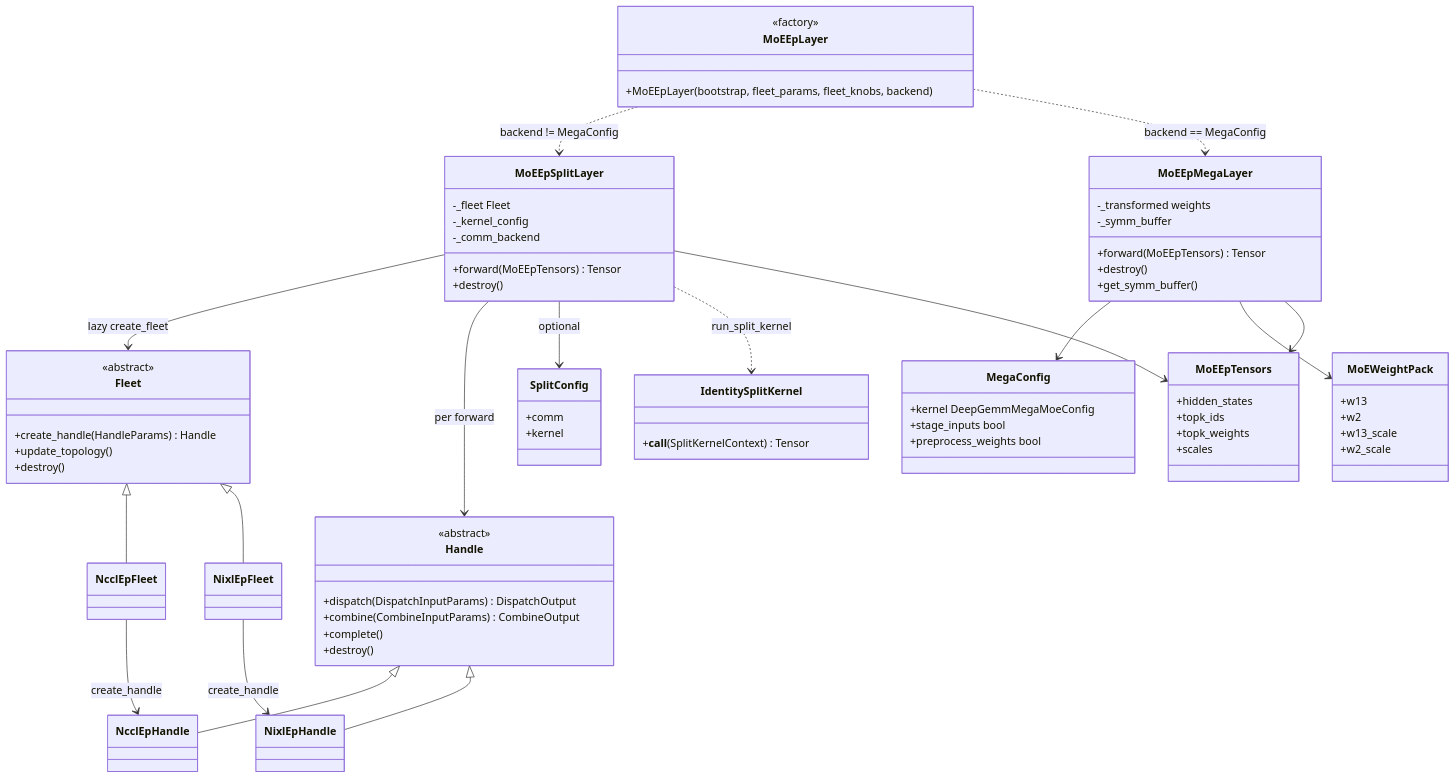
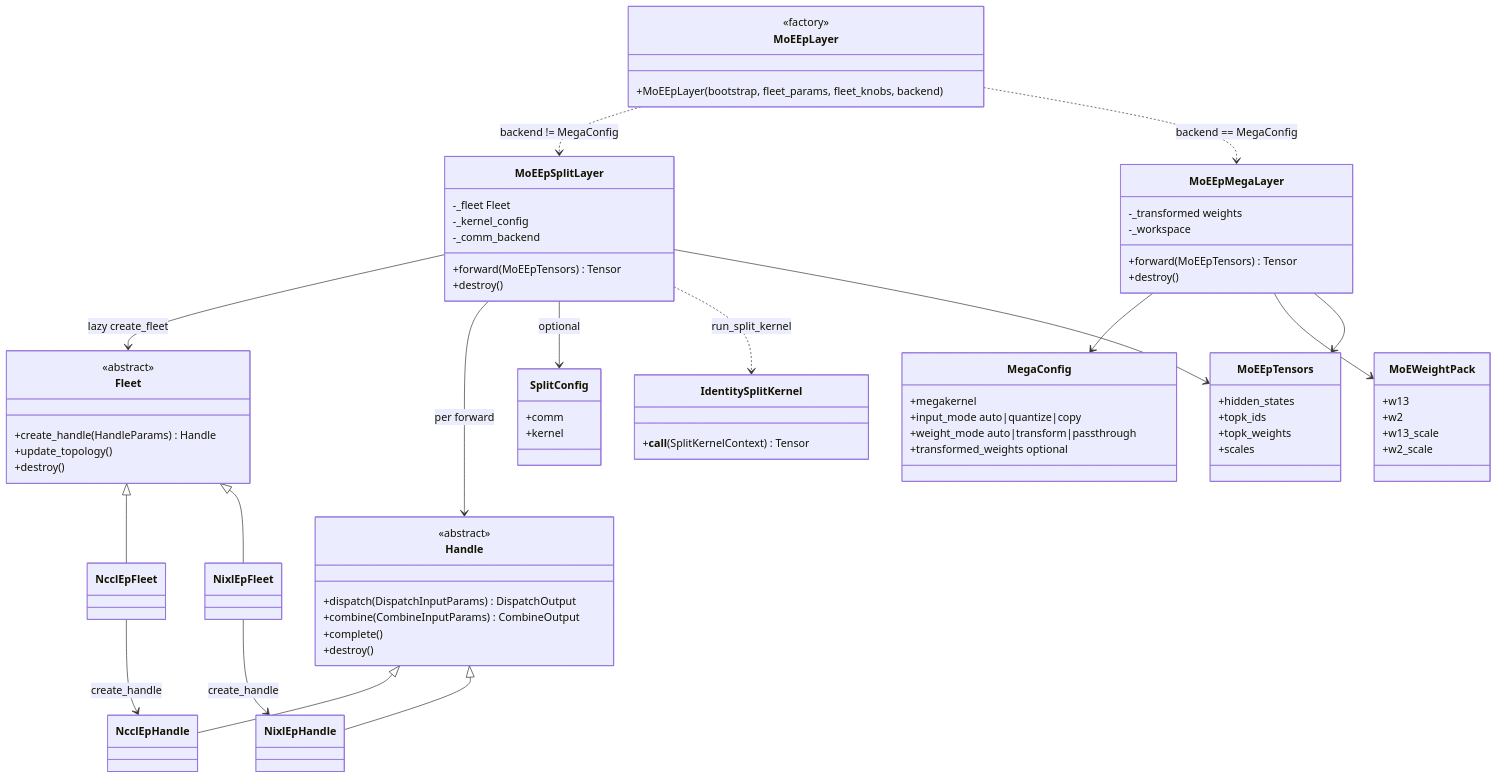
One commit to flashinfer-ai/flashinfer changed the first of 3 diagrams in docs/design_docs/moe_ep_v2_vs_moe_ep.md. Above: the diagram before and after it, drawn with Mermaid. The commit also changed other lines of this file and 49 other files, not shown here.

```diff
--- a/docs/design_docs/moe_ep_v2_vs_moe_ep.md
+++ b/docs/design_docs/moe_ep_v2_vs_moe_ep.md
@@ -109,9 +109,8 @@
     class MoEEpMegaLayer {
         +forward(MoEEpTensors) Tensor
         +destroy()
-        +get_symm_buffer()
         -_transformed weights
-        -_symm_buffer
+        -_workspace
     }
 
     class Fleet {
@@ -140,9 +139,10 @@
     }
 
     class MegaConfig {
-        +kernel DeepGemmMegaMoeConfig
-        +stage_inputs bool
-        +preprocess_weights bool
+        +megakernel
+        +input_mode auto|quantize|copy
+        +weight_mode auto|transform|passthrough
+        +transformed_weights optional
     }
 
     class IdentitySplitKernel {
```
